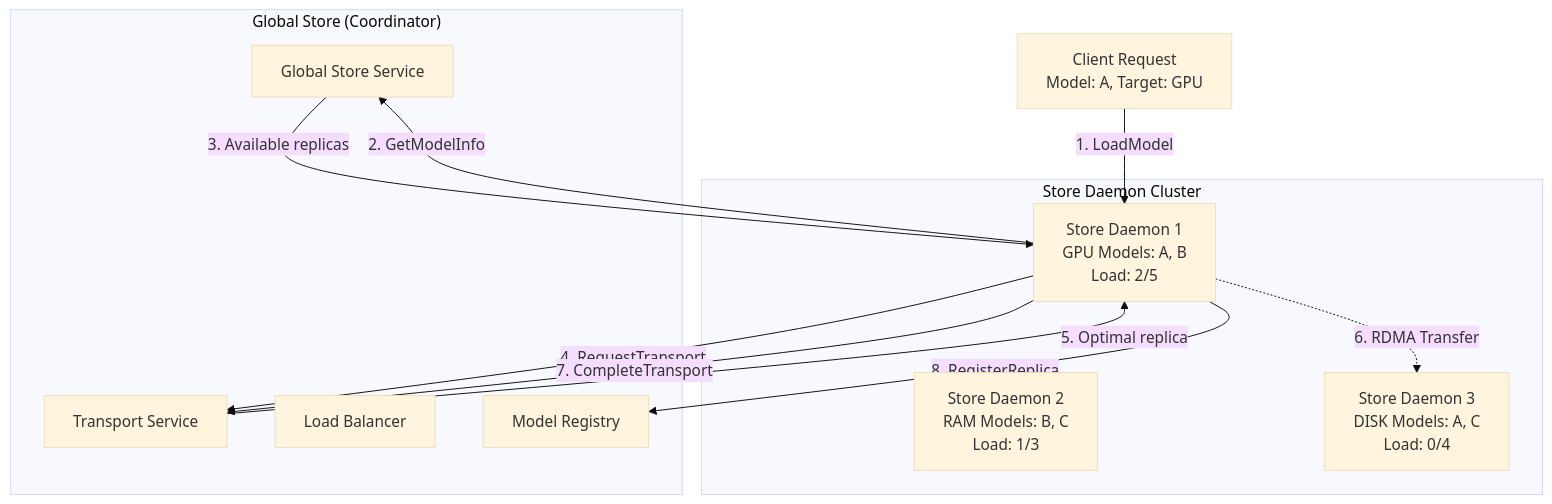
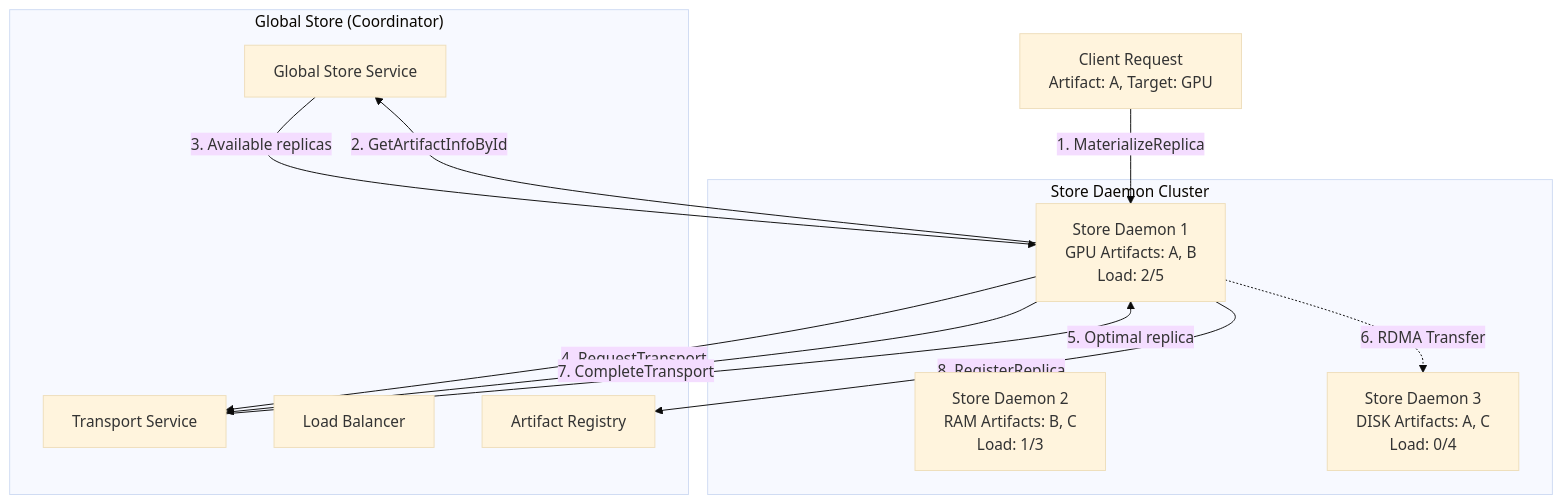
One commit to tensorcast-ai/tensorcast changed the first of 2 diagrams in web-docs/docs/developer-guides/architecture/p2p-transfer-strategies.md. Above: the diagram before and after it, drawn with Mermaid (base theme). The commit also changed other lines of this file and 331 other files, not shown here.

Commit message:
refactor: refactor model to artifact & replica

````diff
--- a/web-docs/docs/developer-guides/architecture/p2p-transfer-strategies.md
+++ b/web-docs/docs/developer-guides/architecture/p2p-transfer-strategies.md
@@ -15,26 +15,26 @@
 ```mermaid
 graph TB
     subgraph "Global Store (Coordinator)"
         GS[Global Store Service]
         TR[Transport Service]
         LB[Load Balancer]
-        REG[Model Registry]
+        REG[Artifact Registry]
     end
 
     subgraph "Store Daemon Cluster"
-        SD1[Store Daemon 1<br/>GPU Models: A, B<br/>Load: 2/5]
-        SD2[Store Daemon 2<br/>RAM Models: B, C<br/>Load: 1/3]
-        SD3[Store Daemon 3<br/>DISK Models: A, C<br/>Load: 0/4]
+        SD1[Store Daemon 1<br/>GPU Artifacts: A, B<br/>Load: 2/5]
+        SD2[Store Daemon 2<br/>RAM Artifacts: B, C<br/>Load: 1/3]
+        SD3[Store Daemon 3<br/>DISK Artifacts: A, C<br/>Load: 0/4]
     end
 
-    Client[Client Request<br/>Model: A, Target: GPU]
+    Client[Client Request<br/>Artifact: A, Target: GPU]
 
-    Client -->|1. LoadModel| SD1
-    SD1 -->|2. GetModelInfo| GS
+    Client -->|1. MaterializeReplica| SD1
+    SD1 -->|2. GetArtifactInfoById| GS
     GS -->|3. Available replicas| SD1
     SD1 -->|4. RequestTransport| TR
     TR -->|5. Optimal replica| SD1
     SD1 -.->|6. RDMA Transfer| SD3
     SD1 -->|7. CompleteTransport| TR
     SD1 -->|8. RegisterReplica| REG
 ```
````
